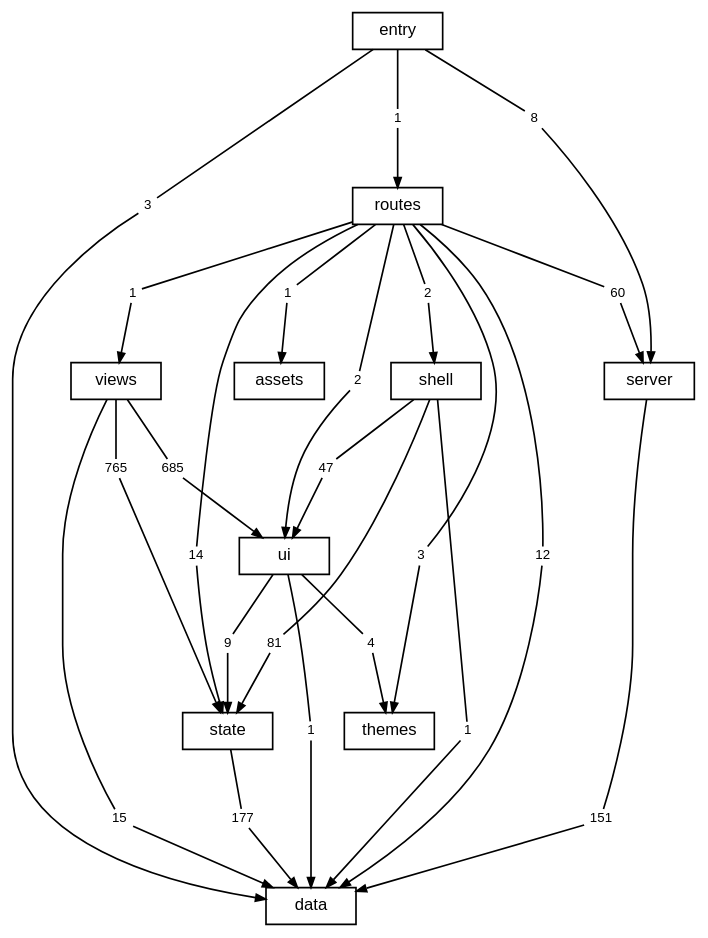
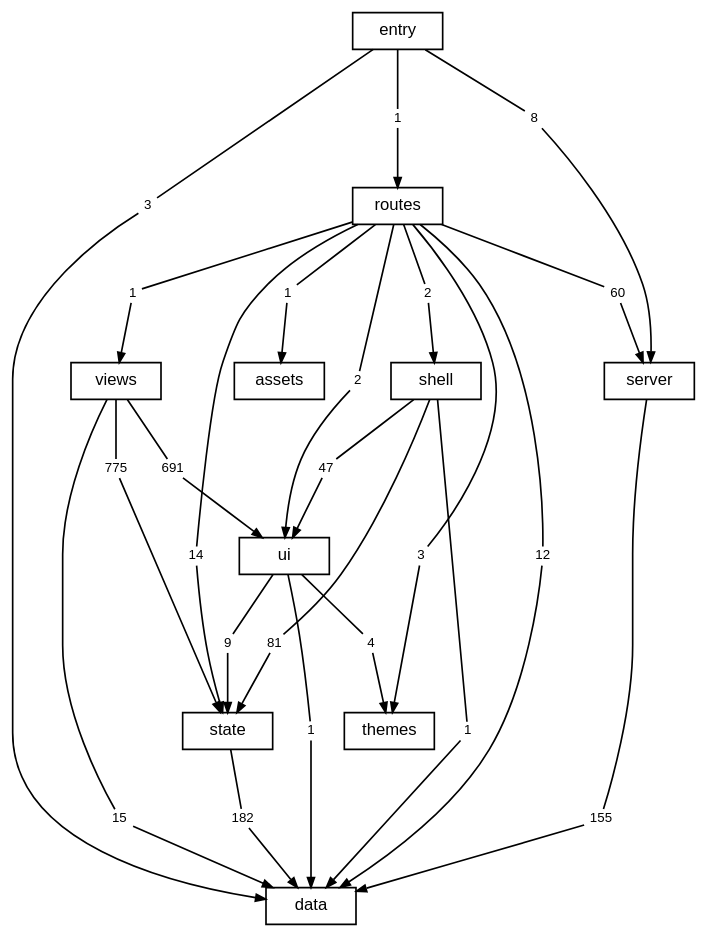
The diagram in docs/diagrams/layers.dot (TheAxeC/oculus), drawn with Graphviz before and after one commit. The commit also changed 146 other files, not shown here.

```diff
--- a/docs/diagrams/layers.dot
+++ b/docs/diagrams/layers.dot
@@ -1,81 +1,81 @@
 digraph layers {
     graph [bgcolor="transparent", rankdir=TB, newrank=true, fontname="Helvetica,Arial,sans-serif", fontsize=12, nodesep=0.2, ranksep=0.5];
     node [shape=box, color="black", fontcolor="black", fontname="Helvetica,Arial,sans-serif", fontsize=10, height=0.3, margin="0.12,0.04"];
     edge [color="black", fontcolor="black", fontname="Helvetica,Arial,sans-serif", fontsize=8, arrowsize=0.6];
     "data";
     "server";
     "state";
     "ui";
     "shell";
     "views";
     "themes";
     "routes";
     "src" [label="entry"];
     "files: assets" [label="assets"];
     "routes to data" [label="12", shape=box, color="transparent", fontsize=8, width=0, height=0, margin="0.04,0.02"];
     "routes" -> "routes to data" [arrowhead=none];
     "routes to data" -> "data" [];
     "routes to files: assets" [label="1", shape=box, color="transparent", fontsize=8, width=0, height=0, margin="0.04,0.02"];
     "routes" -> "routes to files: assets" [arrowhead=none];
     "routes to files: assets" -> "files: assets" [];
     "routes to server" [label="60", shape=box, color="transparent", fontsize=8, width=0, height=0, margin="0.04,0.02"];
     "routes" -> "routes to server" [arrowhead=none];
     "routes to server" -> "server" [];
     "routes to shell" [label="2", shape=box, color="transparent", fontsize=8, width=0, height=0, margin="0.04,0.02"];
     "routes" -> "routes to shell" [arrowhead=none];
     "routes to shell" -> "shell" [];
     "routes to state" [label="14", shape=box, color="transparent", fontsize=8, width=0, height=0, margin="0.04,0.02"];
     "routes" -> "routes to state" [arrowhead=none];
     "routes to state" -> "state" [];
     "routes to themes" [label="3", shape=box, color="transparent", fontsize=8, width=0, height=0, margin="0.04,0.02"];
     "routes" -> "routes to themes" [arrowhead=none];
     "routes to themes" -> "themes" [];
     "routes to ui" [label="2", shape=box, color="transparent", fontsize=8, width=0, height=0, margin="0.04,0.02"];
     "routes" -> "routes to ui" [arrowhead=none];
     "routes to ui" -> "ui" [];
     "routes to views" [label="1", shape=box, color="transparent", fontsize=8, width=0, height=0, margin="0.04,0.02"];
     "routes" -> "routes to views" [arrowhead=none];
     "routes to views" -> "views" [];
-    "server to data" [label="151", shape=box, color="transparent", fontsize=8, width=0, height=0, margin="0.04,0.02"];
+    "server to data" [label="155", shape=box, color="transparent", fontsize=8, width=0, height=0, margin="0.04,0.02"];
     "server" -> "server to data" [arrowhead=none];
     "server to data" -> "data" [];
     "shell to data" [label="1", shape=box, color="transparent", fontsize=8, width=0, height=0, margin="0.04,0.02"];
     "shell" -> "shell to data" [arrowhead=none];
     "shell to data" -> "data" [];
     "shell to state" [label="81", shape=box, color="transparent", fontsize=8, width=0, height=0, margin="0.04,0.02"];
     "shell" -> "shell to state" [arrowhead=none];
     "shell to state" -> "state" [];
     "shell to ui" [label="47", shape=box, color="transparent", fontsize=8, width=0, height=0, margin="0.04,0.02"];
     "shell" -> "shell to ui" [arrowhead=none];
     "shell to ui" -> "ui" [];
     "src to data" [label="3", shape=box, color="transparent", fontsize=8, width=0, height=0, margin="0.04,0.02"];
     "src" -> "src to data" [arrowhead=none];
     "src to data" -> "data" [];
     "src to routes" [label="1", shape=box, color="transparent", fontsize=8, width=0, height=0, margin="0.04,0.02"];
     "src" -> "src to routes" [arrowhead=none];
     "src to routes" -> "routes" [];
     "src to server" [label="8", shape=box, color="transparent", fontsize=8, width=0, height=0, margin="0.04,0.02"];
     "src" -> "src to server" [arrowhead=none];
     "src to server" -> "server" [];
-    "state to data" [label="177", shape=box, color="transparent", fontsize=8, width=0, height=0, margin="0.04,0.02"];
+    "state to data" [label="182", shape=box, color="transparent", fontsize=8, width=0, height=0, margin="0.04,0.02"];
     "state" -> "state to data" [arrowhead=none];
     "state to data" -> "data" [];
     "ui to data" [label="1", shape=box, color="transparent", fontsize=8, width=0, height=0, margin="0.04,0.02"];
     "ui" -> "ui to data" [arrowhead=none];
     "ui to data" -> "data" [];
     "ui to state" [label="9", shape=box, color="transparent", fontsize=8, width=0, height=0, margin="0.04,0.02"];
     "ui" -> "ui to state" [arrowhead=none];
     "ui to state" -> "state" [];
     "ui to themes" [label="4", shape=box, color="transparent", fontsize=8, width=0, height=0, margin="0.04,0.02"];
     "ui" -> "ui to themes" [arrowhead=none];
     "ui to themes" -> "themes" [];
     "views to data" [label="15", shape=box, color="transparent", fontsize=8, width=0, height=0, margin="0.04,0.02"];
     "views" -> "views to data" [arrowhead=none];
     "views to data" -> "data" [];
-    "views to state" [label="765", shape=box, color="transparent", fontsize=8, width=0, height=0, margin="0.04,0.02"];
+    "views to state" [label="775", shape=box, color="transparent", fontsize=8, width=0, height=0, margin="0.04,0.02"];
     "views" -> "views to state" [arrowhead=none];
     "views to state" -> "state" [];
-    "views to ui" [label="685", shape=box, color="transparent", fontsize=8, width=0, height=0, margin="0.04,0.02"];
+    "views to ui" [label="691", shape=box, color="transparent", fontsize=8, width=0, height=0, margin="0.04,0.02"];
     "views" -> "views to ui" [arrowhead=none];
     "views to ui" -> "ui" [];
 }
```
